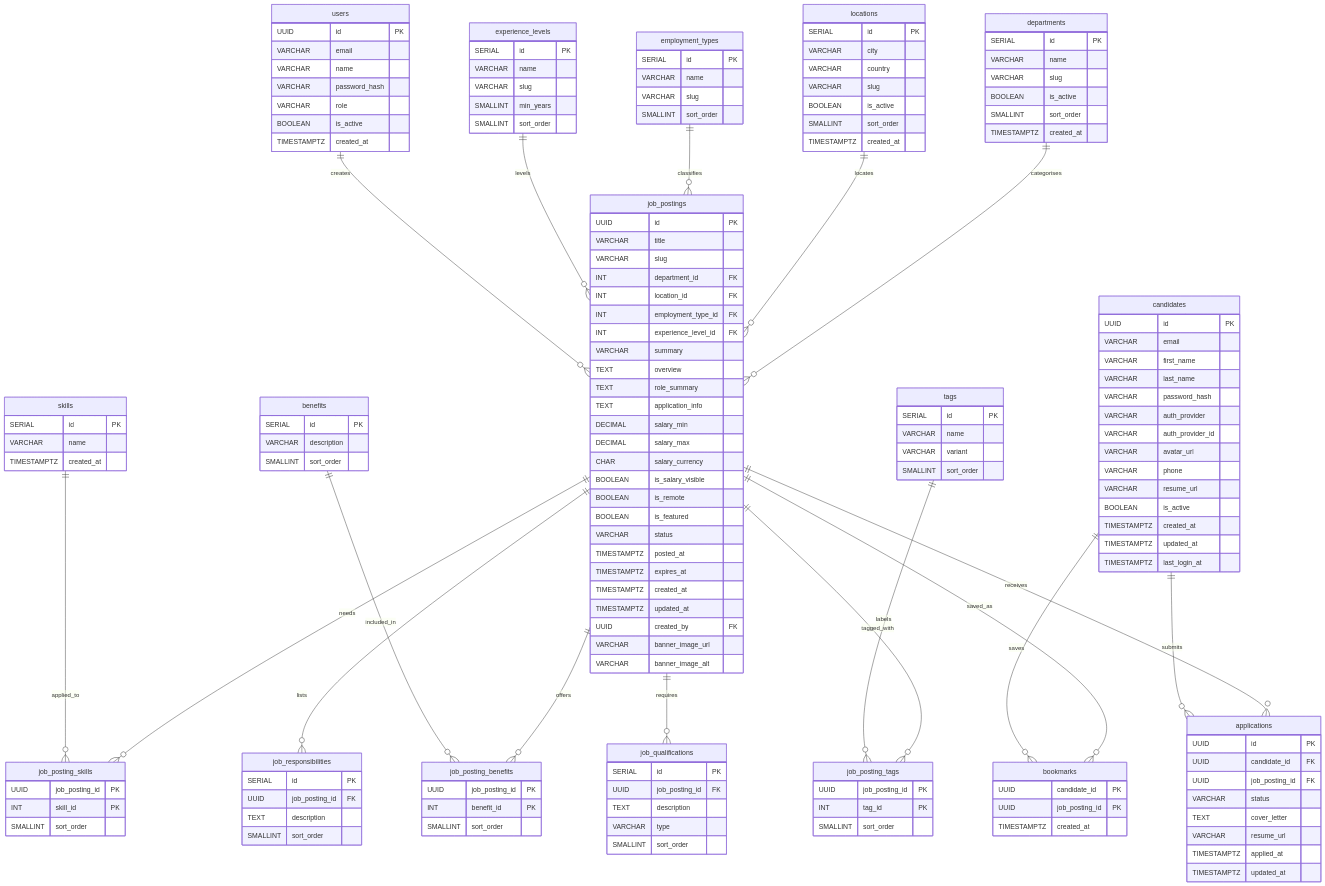
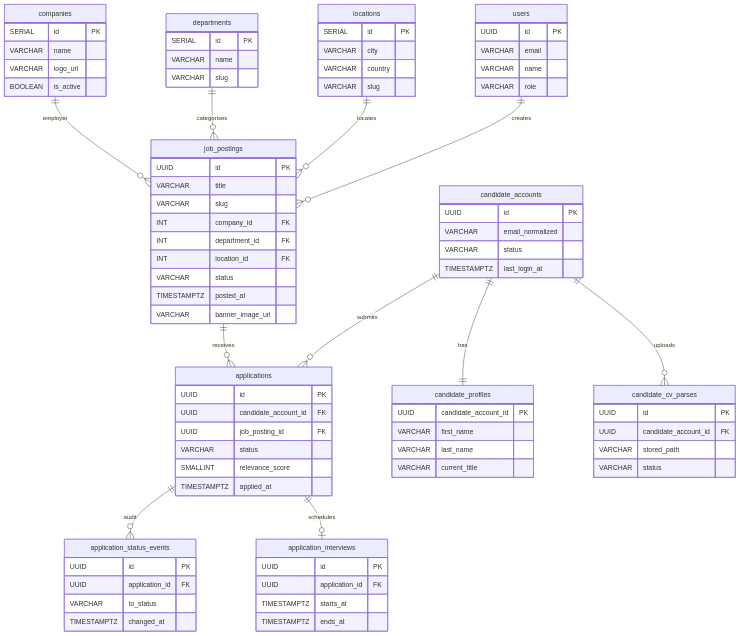
The diagram in docs/specification/db-schema.md (hiranthadhanuka1977/ats-platform), drawn with Mermaid before and after one commit. The commit also changed other lines of this file and 95 other files, not shown here.

````diff
--- a/docs/specification/db-schema.md
+++ b/docs/specification/db-schema.md
@@ -51,13 +77,17 @@
 ```mermaid
 erDiagram
+
+    companies {
+        SERIAL id PK
+        VARCHAR name
+        VARCHAR logo_url
+        BOOLEAN is_active
+    }
 
     departments {
         SERIAL id PK
         VARCHAR name
         VARCHAR slug
-        BOOLEAN is_active
-        SMALLINT sort_order
-        TIMESTAMPTZ created_at
     }
 
     locations {
@@ -65,171 +95,81 @@
         VARCHAR city
         VARCHAR country
         VARCHAR slug
-        BOOLEAN is_active
-        SMALLINT sort_order
-        TIMESTAMPTZ created_at
     }
 
-    employment_types {
-        SERIAL id PK
-        VARCHAR name
+    job_postings {
+        UUID id PK
+        VARCHAR title
         VARCHAR slug
-        SMALLINT sort_order
-    }
-
-    experience_levels {
-        SERIAL id PK
-        VARCHAR name
-        VARCHAR slug
-        SMALLINT min_years
-        SMALLINT sort_order
-    }
-
-    skills {
-        SERIAL id PK
-        VARCHAR name
-        TIMESTAMPTZ created_at
-    }
-
-    benefits {
-        SERIAL id PK
-        VARCHAR description
-        SMALLINT sort_order
-    }
-
-    tags {
-        SERIAL id PK
-        VARCHAR name
-        VARCHAR variant
-        SMALLINT sort_order
+        INT company_id FK
+        INT department_id FK
+        INT location_id FK
+        VARCHAR status
+        TIMESTAMPTZ posted_at
+        VARCHAR banner_image_url
     }
 
     users {
         UUID id PK
         VARCHAR email
         VARCHAR name
-        VARCHAR password_hash
         VARCHAR role
-        BOOLEAN is_active
-        TIMESTAMPTZ created_at
     }
 
-    job_postings {
+    candidate_accounts {
         UUID id PK
-        VARCHAR title
-        VARCHAR slug
-        INT department_id FK
-        INT location_id FK
-        INT employment_type_id FK
-        INT experience_level_id FK
-        VARCHAR summary
-        TEXT overview
-        TEXT role_summary
-        TEXT application_info
-        DECIMAL salary_min
-        DECIMAL salary_max
-        CHAR salary_currency
-        BOOLEAN is_salary_visible
-        BOOLEAN is_remote
-        BOOLEAN is_featured
+        VARCHAR email_normalized
         VARCHAR status
-        TIMESTAMPTZ posted_at
-        TIMESTAMPTZ expires_at
-        TIMESTAMPTZ created_at
-        TIMESTAMPTZ updated_at
-        UUID created_by FK
-        VARCHAR banner_image_url
-        VARCHAR banner_image_alt
-    }
-
-    job_responsibilities {
-        SERIAL id PK
-        UUID job_posting_id FK
-        TEXT description
-        SMALLINT sort_order
-    }
-
-    job_qualifications {
-        SERIAL id PK
-        UUID job_posting_id FK
-        TEXT description
-        VARCHAR type
-        SMALLINT sort_order
-    }
-
-    job_posting_skills {
-        UUID job_posting_id PK
-        INT skill_id PK
-        SMALLINT sort_order
-    }
-
-    job_posting_benefits {
-        UUID job_posting_id PK
-        INT benefit_id PK
-        SMALLINT sort_order
-    }
-
-    job_posting_tags {
-        UUID job_posting_id PK
-        INT tag_id PK
-        SMALLINT sort_order
-    }
-
-    candidates {
-        UUID id PK
-        VARCHAR email
-        VARCHAR first_name
-        VARCHAR last_name
-        VARCHAR password_hash
-        VARCHAR auth_provider
-        VARCHAR auth_provider_id
-        VARCHAR avatar_url
-        VARCHAR phone
-        VARCHAR resume_url
-        BOOLEAN is_active
-        TIMESTAMPTZ created_at
-        TIMESTAMPTZ updated_at
         TIMESTAMPTZ last_login_at
     }
 
-    bookmarks {
-        UUID candidate_id PK
-        UUID job_posting_id PK
-        TIMESTAMPTZ created_at
+    candidate_profiles {
+        UUID candidate_account_id PK
+        VARCHAR first_name
+        VARCHAR last_name
+        VARCHAR current_title
     }
 
     applications {
         UUID id PK
-        UUID candidate_id FK
+        UUID candidate_account_id FK
         UUID job_posting_id FK
         VARCHAR status
-        TEXT cover_letter
-        VARCHAR resume_url
+        SMALLINT relevance_score
         TIMESTAMPTZ applied_at
-        TIMESTAMPTZ updated_at
     }
 
+    application_status_events {
+        UUID id PK
+        UUID application_id FK
+        VARCHAR to_status
+        TIMESTAMPTZ changed_at
+    }
+
+    application_interviews {
+        UUID id PK
+        UUID application_id FK
+        TIMESTAMPTZ starts_at
+        TIMESTAMPTZ ends_at
+    }
+
+    candidate_cv_parses {
+        UUID id PK
+        UUID candidate_account_id FK
+        VARCHAR stored_path
+        VARCHAR status
+    }
+
+    companies ||--o{ job_postings : "employer"
     departments ||--o{ job_postings : "categorises"
     locations ||--o{ job_postings : "locates"
-    employment_types ||--o{ job_postings : "classifies"
-    experience_levels ||--o{ job_postings : "levels"
     users ||--o{ job_postings : "creates"
 
-    job_postings ||--o{ job_responsibilities : "lists"
-    job_postings ||--o{ job_qualifications : "requires"
+    job_postings ||--o{ applications : "receives"
+    candidate_accounts ||--o{ applications : "submits"
+    candidate_accounts ||--|| candidate_profiles : "has"
+    candidate_accounts ||--o{ candidate_cv_parses : "uploads"
 
-    job_postings ||--o{ job_posting_skills : "needs"
-    skills ||--o{ job_posting_skills : "applied_to"
-
-    job_postings ||--o{ job_posting_benefits : "offers"
-    benefits ||--o{ job_posting_benefits : "included_in"
-
-    job_postings ||--o{ job_posting_tags : "tagged_with"
-    tags ||--o{ job_posting_tags : "labels"
-
-    job_postings ||--o{ bookmarks : "saved_as"
-    candidates ||--o{ bookmarks : "saves"
-
-    job_postings ||--o{ applications : "receives"
-    candidates ||--o{ applications : "submits"
+    applications ||--o{ application_status_events : "audit"
+    applications ||--o| application_interviews : "schedules"
 ```
````
